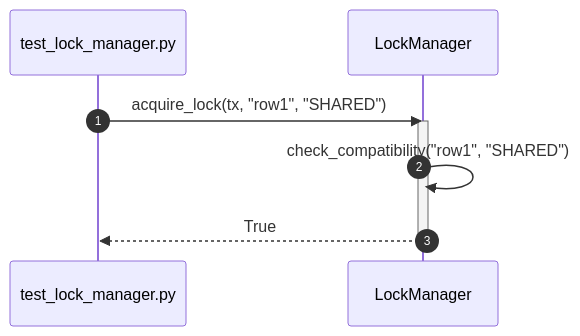
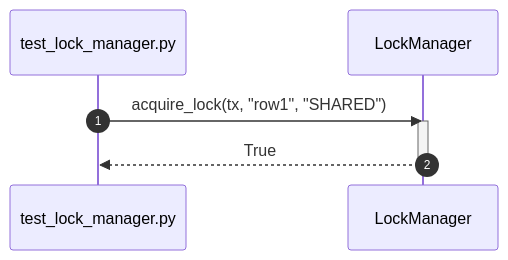
One commit to taitran501/DBMS changed diagram 16 of 52 in diagrams/sequence/transaction.md. Above: the diagram before and after it, drawn with Mermaid. The commit also changed other lines of this file and 6 other files, not shown here.

````diff
--- a/diagrams/sequence/transaction.md
+++ b/diagrams/sequence/transaction.md
@@ -248,12 +248,11 @@
 ```mermaid
 sequenceDiagram
     autonumber
     participant Test as test_lock_manager.py
     participant SUT as LockManager
 
     Test->>SUT: acquire_lock(tx, "row1", "SHARED")
     activate SUT
-    SUT->>SUT: check_compatibility("row1", "SHARED")
     SUT-->>Test: True
     deactivate SUT
 ```
````
